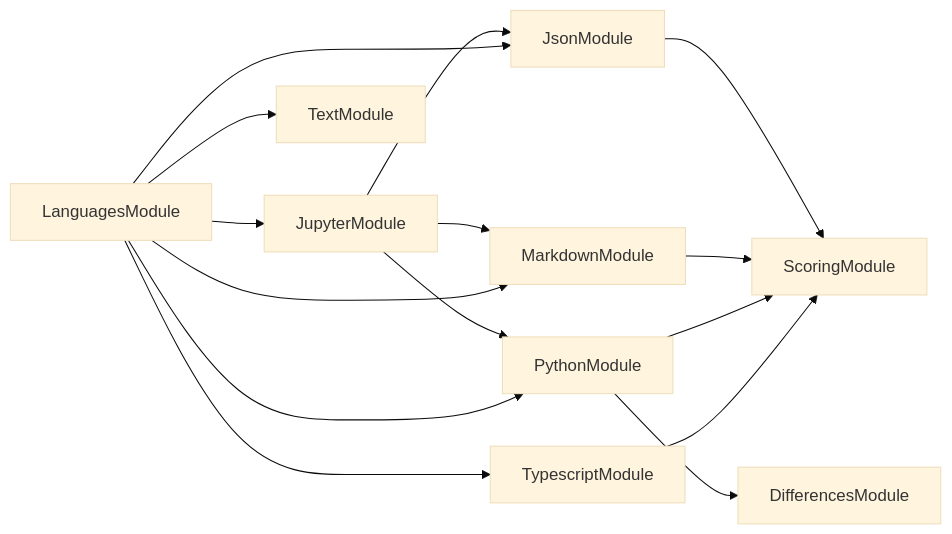
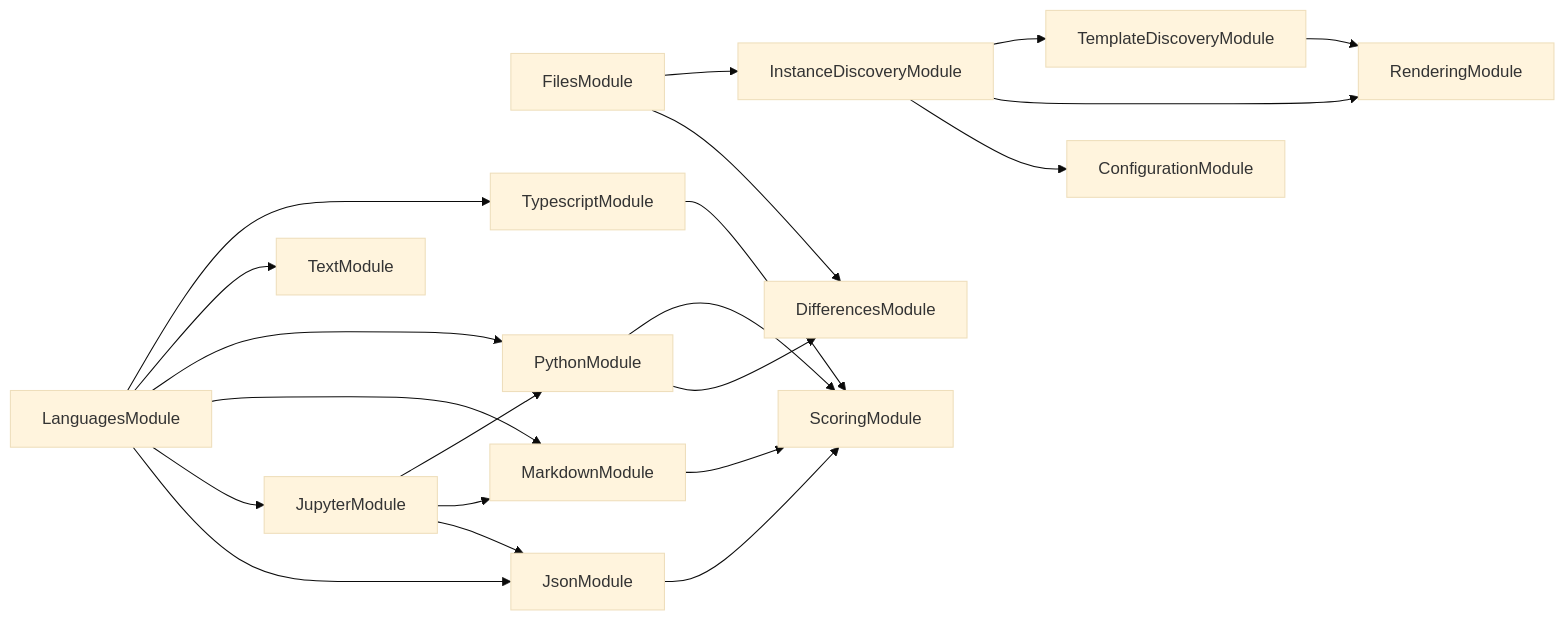
One commit to JimmyPaolini/codebase changed the second of 3 diagrams in packages/ic-suite/conformetry/conformetry-languages/README.md. Above: the diagram before and after it, drawn with Mermaid (base theme). The commit also changed other lines of this file and 164 other files, not shown here.

````diff
--- a/packages/ic-suite/conformetry/conformetry-languages/README.md
+++ b/packages/ic-suite/conformetry/conformetry-languages/README.md
@@ -418,26 +428,37 @@
 ```mermaid
 flowchart LR
+  ConfigurationModule
   DifferencesModule
+  FilesModule
+  InstanceDiscoveryModule
   JsonModule
   JupyterModule
   LanguagesModule
   MarkdownModule
   PythonModule
+  RenderingModule
   ScoringModule
+  TemplateDiscoveryModule
   TextModule
   TypescriptModule
+  FilesModule --> DifferencesModule
+  FilesModule --> InstanceDiscoveryModule
+  InstanceDiscoveryModule --> ConfigurationModule
+  InstanceDiscoveryModule --> RenderingModule
+  InstanceDiscoveryModule --> TemplateDiscoveryModule
   JsonModule --> ScoringModule
   JupyterModule --> JsonModule
   JupyterModule --> MarkdownModule
   JupyterModule --> PythonModule
   LanguagesModule --> JsonModule
   LanguagesModule --> JupyterModule
   LanguagesModule --> MarkdownModule
   LanguagesModule --> PythonModule
   LanguagesModule --> TextModule
   LanguagesModule --> TypescriptModule
   MarkdownModule --> ScoringModule
   PythonModule --> DifferencesModule
   PythonModule --> ScoringModule
+  TemplateDiscoveryModule --> RenderingModule
   TypescriptModule --> ScoringModule
 ```
````
